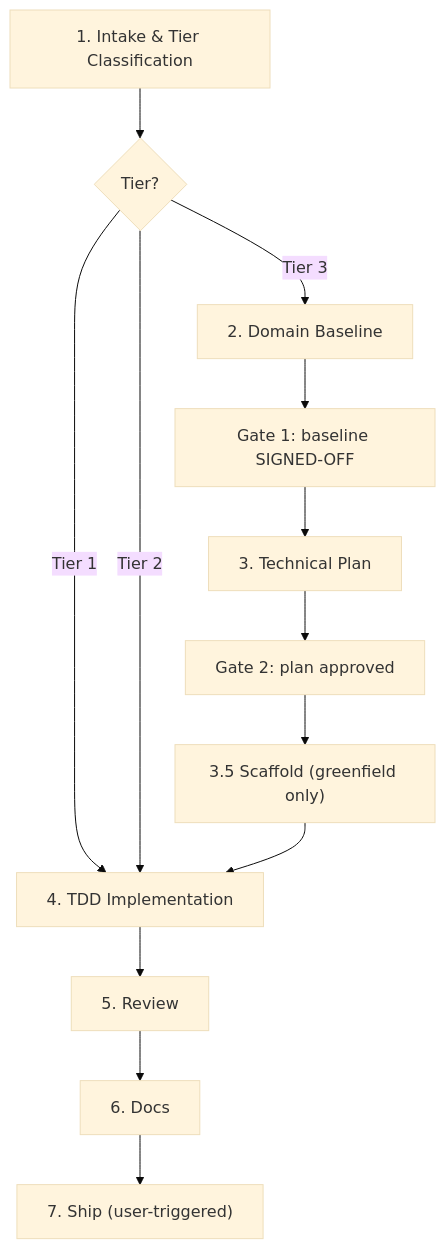
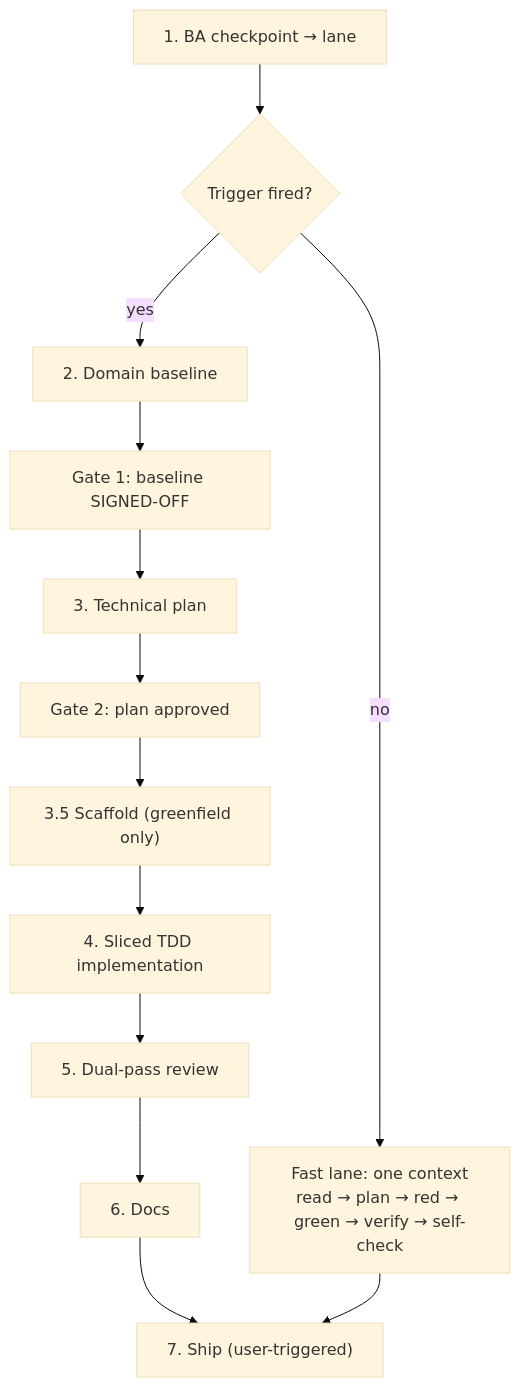
The diagram in .agents/docs/pipeline-detail.md (ahauy/universal-agents-workflow), drawn with Mermaid (base theme) before and after one commit. The commit also changed other lines of this file and 252 other files, not shown here.

````diff
--- a/.agents/docs/pipeline-detail.md
+++ b/.agents/docs/pipeline-detail.md
@@ -6,15 +7,15 @@
 ```mermaid
 graph TD
-    S1["1. Intake & Tier Classification"] --> T{"Tier?"}
-    T -->|Tier 1| S4["4. TDD Implementation"]
-    T -->|Tier 2| S4
-    T -->|Tier 3| S2["2. Domain Baseline"]
+    S1["1. BA checkpoint → lane"] --> L{"Trigger fired?"}
+    L -->|no| F["Fast lane: one context<br/>read → plan → red → green → verify → self-check"]
+    L -->|yes| S2["2. Domain baseline"]
     S2 --> G1["Gate 1: baseline SIGNED-OFF"]
-    G1 --> S3["3. Technical Plan"]
+    G1 --> S3["3. Technical plan"]
     S3 --> G2["Gate 2: plan approved"]
     G2 --> S35["3.5 Scaffold (greenfield only)"]
-    S35 --> S4
-    S4 --> S5["5. Review"]
+    S35 --> S4["4. Sliced TDD implementation"]
+    S4 --> S5["5. Dual-pass review"]
     S5 --> S6["6. Docs"]
     S6 --> S7["7. Ship (user-triggered)"]
+    F --> S7
 ```
````
